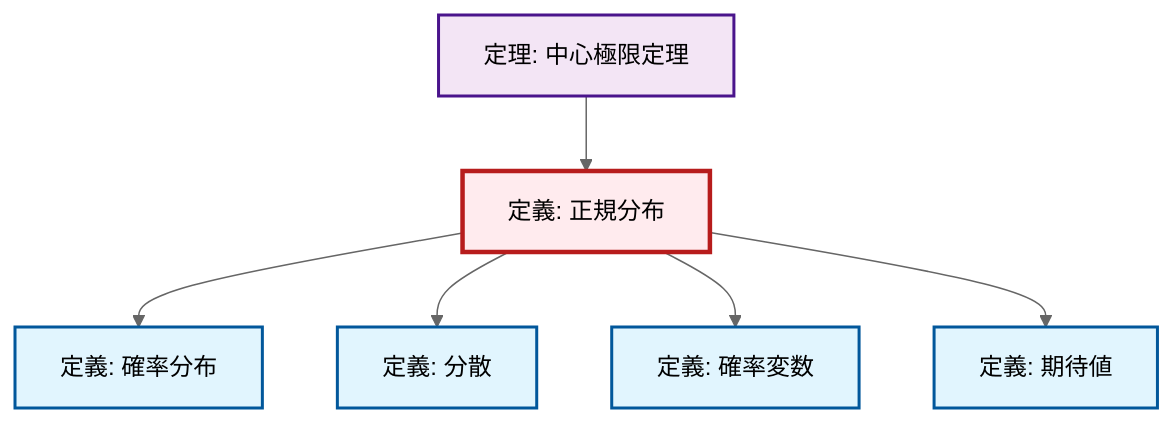
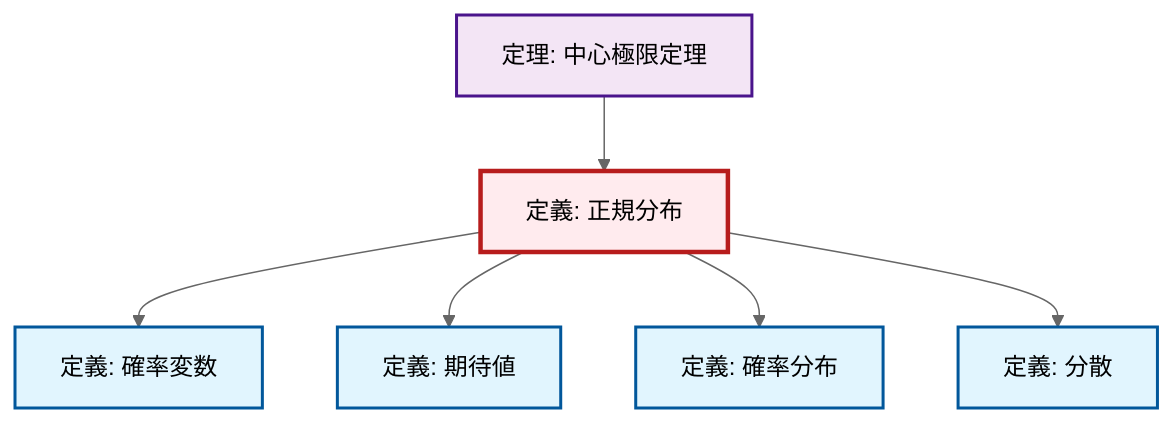
The diagram in content/ja/probability-statistics/def-normal-distribution.qmd (RK0429/ModernMath), drawn with Mermaid (neutral theme) before and after one commit. The commit also changed 672 other files, not shown here.

````diff
--- a/content/ja/probability-statistics/def-normal-distribution.qmd
+++ b/content/ja/probability-statistics/def-normal-distribution.qmd
@@ -130,26 +130,26 @@
 ```{mermaid}
-%%| fig-cap: "Local dependency graph"
+%%| fig-cap: "ローカル依存関係グラフ"
 graph TD
     classDef definition fill:#e1f5fe,stroke:#01579b,stroke-width:2px
     classDef theorem fill:#f3e5f5,stroke:#4a148c,stroke-width:2px
     classDef axiom fill:#fff3e0,stroke:#e65100,stroke-width:2px
     classDef example fill:#e8f5e9,stroke:#1b5e20,stroke-width:2px
     classDef current fill:#ffebee,stroke:#b71c1c,stroke-width:3px
+    def-normal-distribution["定義: 正規分布"]:::definition
+    def-expectation["定義: 期待値"]:::definition
     def-probability-distribution["定義: 確率分布"]:::definition
-    def-expectation["定義: 期待値"]:::definition
-    def-random-variable["定義: 確率変数"]:::definition
-    def-normal-distribution["定義: 正規分布"]:::definition
     thm-central-limit["定理: 中心極限定理"]:::theorem
     def-variance["定義: 分散"]:::definition
-    def-normal-distribution --> def-probability-distribution
-    def-normal-distribution --> def-variance
+    def-random-variable["定義: 確率変数"]:::definition
     def-normal-distribution --> def-random-variable
     def-normal-distribution --> def-expectation
     thm-central-limit --> def-normal-distribution
+    def-normal-distribution --> def-probability-distribution
+    def-normal-distribution --> def-variance
     class def-normal-distribution current
+    click def-expectation "def-expectation.html" "期待値の定義へ"
     click def-probability-distribution "def-probability-distribution.html" "確率分布の定義へ"
-    click def-expectation "def-expectation.html" "期待値の定義へ"
-    click def-random-variable "def-random-variable.html" "確率変数の定義へ"
     click thm-central-limit "thm-central-limit.html" "中心極限定理の定理へ"
     click def-variance "def-variance.html" "分散の定義へ"
+    click def-random-variable "def-random-variable.html" "確率変数の定義へ"
 ```
````
